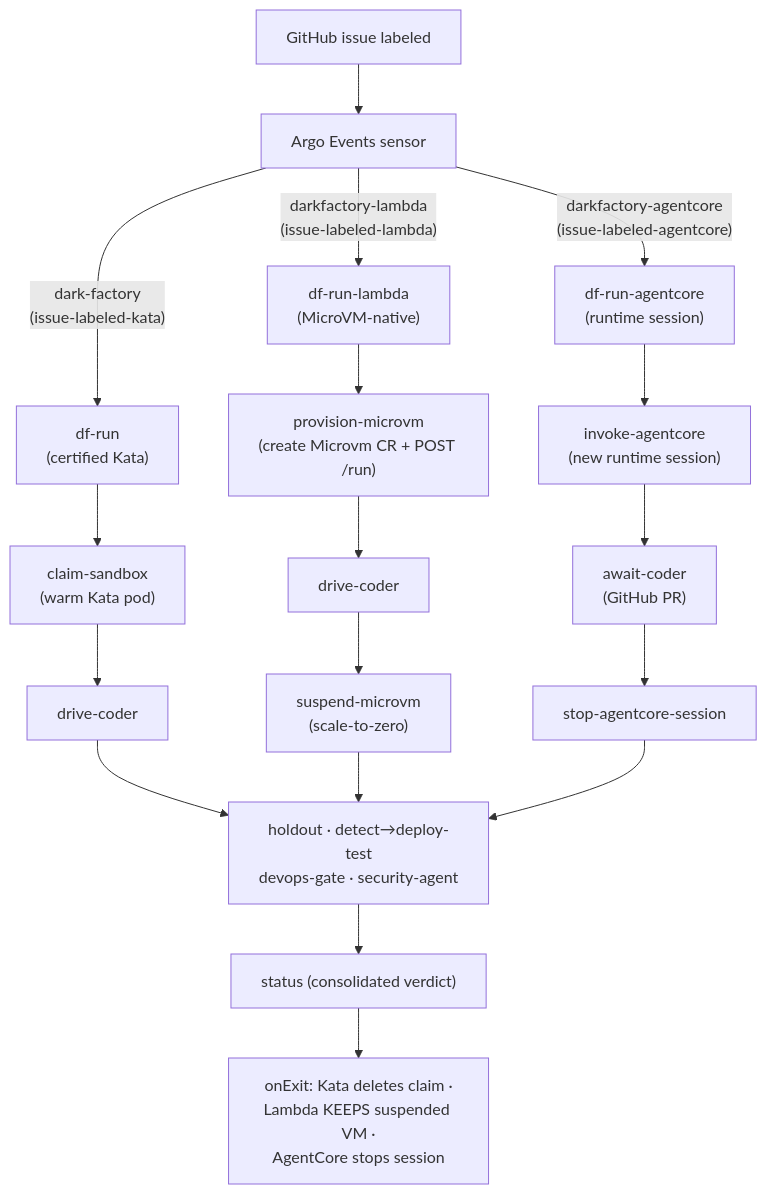
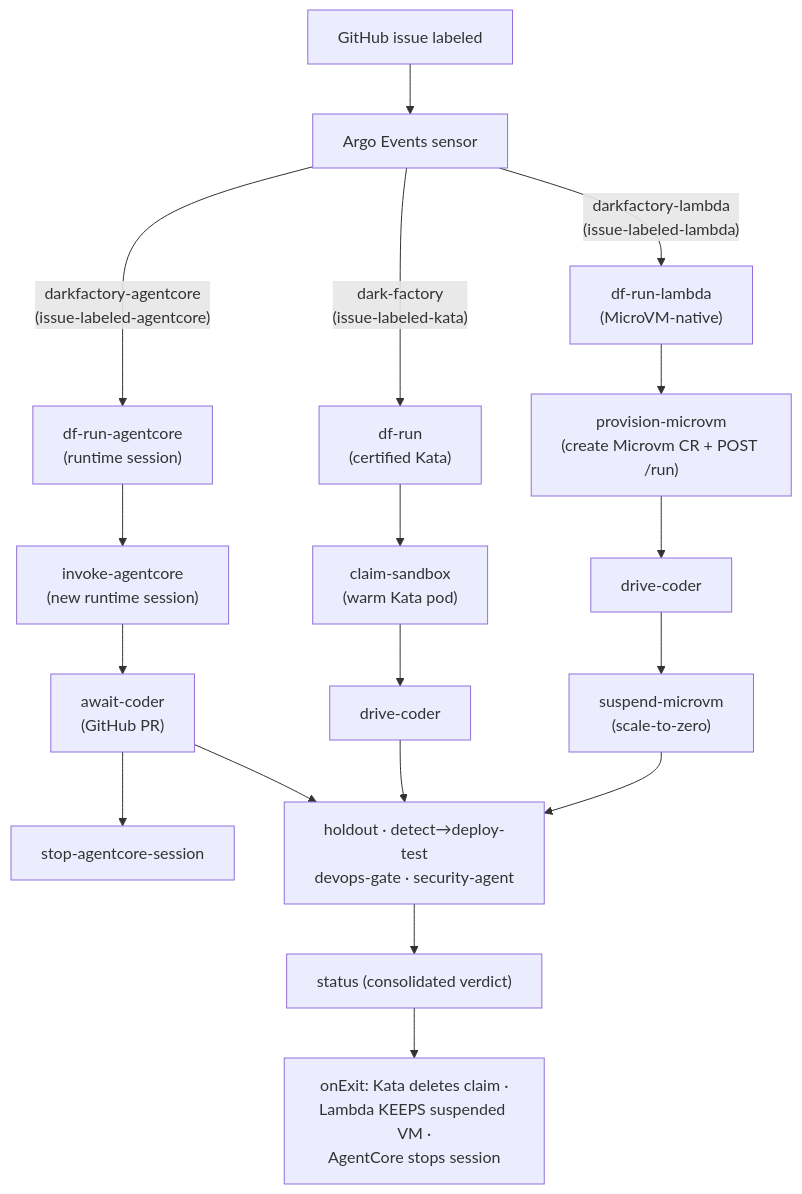
Before and after one commit to 5herlocked/agent-sandbox-blueprints: the first of 6 diagrams in docs/DIAGRAMS.md, drawn with Mermaid. The commit also changed other lines of this file and 13 other files, not shown here.

````diff
--- a/docs/DIAGRAMS.md
+++ b/docs/DIAGRAMS.md
@@ -13,17 +13,17 @@
 ```mermaid
 flowchart TD
     ISSUE["GitHub issue labeled"] --> SENSOR["Argo Events sensor"]
     SENSOR -->|"dark-factory<br/>(issue-labeled-kata)"| DFRUN["df-run<br/>(certified Kata)"]
     SENSOR -->|"darkfactory-lambda<br/>(issue-labeled-lambda)"| DFRUNL["df-run-lambda<br/>(MicroVM-native)"]
     SENSOR -->|"darkfactory-agentcore<br/>(issue-labeled-agentcore)"| DFRUNA["df-run-agentcore<br/>(runtime session)"]
     DFRUN --> KCLAIM["claim-sandbox<br/>(warm Kata pod)"] --> KCODE["drive-coder"]
     DFRUNL --> PROV["provision-microvm<br/>(create Microvm CR + POST /run)"] --> LCODE["drive-coder"]
     DFRUNA --> INV["invoke-agentcore<br/>(new runtime session)"] --> ACODE["await-coder<br/>(GitHub PR)"]
     ACODE --> STOP["stop-agentcore-session"]
+    ACODE --> GATES
     LCODE --> SUSP["suspend-microvm<br/>(scale-to-zero)"]
     KCODE --> GATES["holdout · detect→deploy-test<br/>devops-gate · security-agent"]
     SUSP --> GATES
-    STOP --> GATES
     GATES --> STATUS["status (consolidated verdict)"]
     STATUS --> EXIT["onExit: Kata deletes claim ·<br/>Lambda KEEPS suspended VM ·<br/>AgentCore stops session"]
 ```
````
